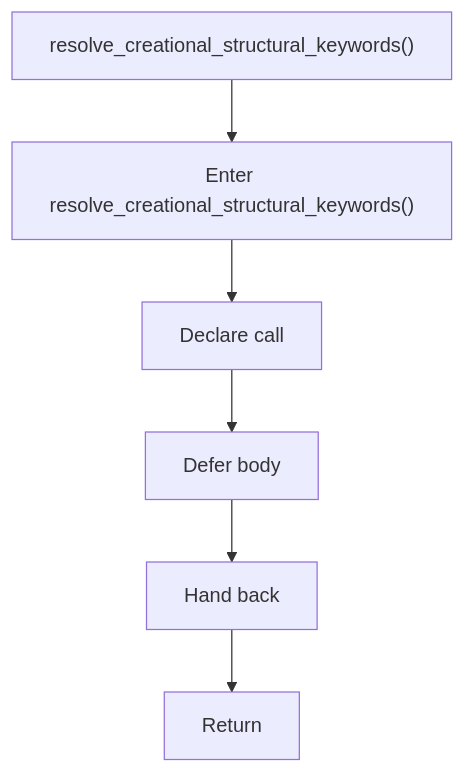
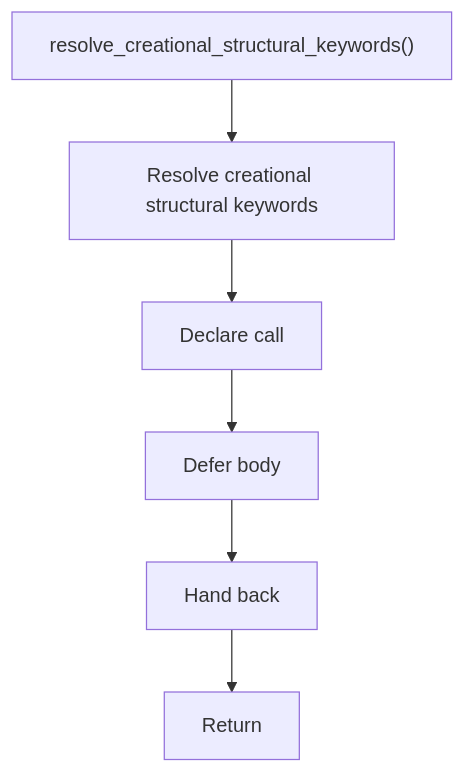
One commit to JohnAndrewBalbarosa/NeoTerritory changed the second of 2 diagrams in docs/Codebase/Microservice/Modules/Header/SyntacticBrokenAST/Analysis/Patterns/Creational/Structure/core.hpp.md. Above: the diagram before and after it, drawn with Mermaid. The commit also changed other lines of this file and 925 other files, not shown here.

````diff
--- a/docs/Codebase/Microservice/Modules/Header/SyntacticBrokenAST/Analysis/Patterns/Creational/Structure/core.hpp.md
+++ b/docs/Codebase/Microservice/Modules/Header/SyntacticBrokenAST/Analysis/Patterns/Creational/Structure/core.hpp.md
@@ -66,14 +65,14 @@
 ```mermaid
 flowchart TD
     Start["resolve_creational_structural_keywords()"]
-    N0["Enter resolve_creational_structural_keywords()"]
+    N0["Resolve creational structural keywords"]
     N1["Declare call"]
     N2["Defer body"]
     N3["Hand back"]
     End["Return"]
     Start --> N0
     N0 --> N1
     N1 --> N2
     N2 --> N3
     N3 --> End
 ```
````
